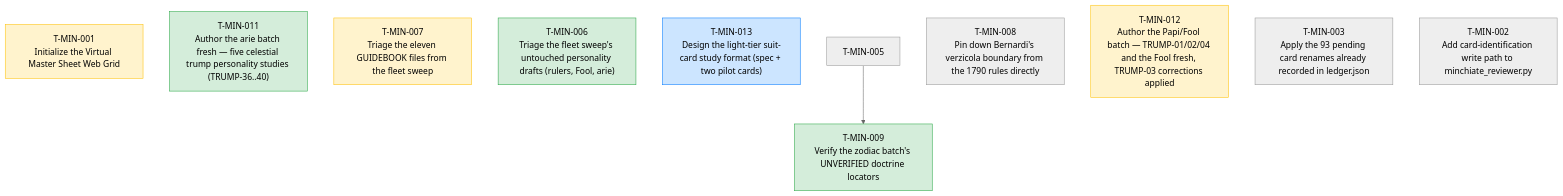
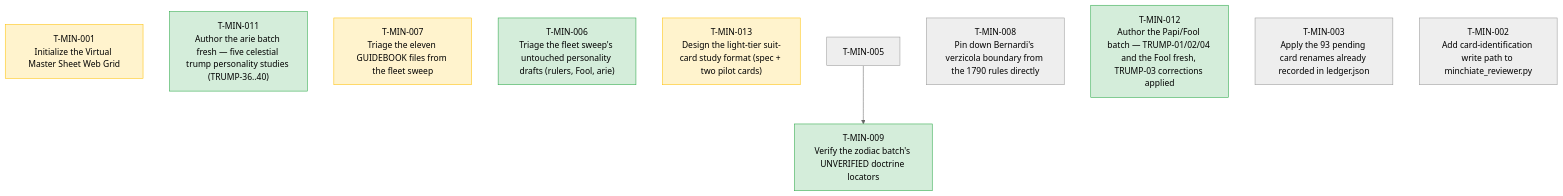
The diagram in TASKS.md (wgmilleriii/task_coordinator), drawn with Mermaid (neutral theme) before and after one commit. The commit also changed other lines of this file and 3 other files, not shown here.

First line of the commit message:
review: T-MIN-012 Papi/Fool batch — PASS_WITH_CORRECTIONS (Reviewer-F17); task DONE; feedback filed

````diff
--- a/TASKS.md
+++ b/TASKS.md
@@ -7,18 +7,18 @@
 ```mermaid
 graph TD
     classDef done fill:#d4edda,stroke:#28a745,color:#000;
     classDef blocked fill:#f8d7da,stroke:#dc3545,color:#000;
     classDef review fill:#fff3cd,stroke:#ffc107,color:#000;
     classDef active fill:#cce5ff,stroke:#007bff,color:#000;
     T-MIN-001["T-MIN-001<br/>Initialize the Virtual Master Sheet Web Grid"]:::review
     T-MIN-011["T-MIN-011<br/>Author the arie batch fresh — five celestial trump personality studies (TRUMP-36..40)"]:::done
     T-MIN-007["T-MIN-007<br/>Triage the eleven GUIDEBOOK files from the fleet sweep"]:::review
     T-MIN-006["T-MIN-006<br/>Triage the fleet sweep's untouched personality drafts (rulers, Fool, arie)"]:::done
-    T-MIN-013["T-MIN-013<br/>Design the light-tier suit-card study format (spec + two pilot cards)"]:::active
+    T-MIN-013["T-MIN-013<br/>Design the light-tier suit-card study format (spec + two pilot cards)"]:::review
     T-MIN-009["T-MIN-009<br/>Verify the zodiac batch's UNVERIFIED doctrine locators"]:::done
     T-MIN-005 --> T-MIN-009
     T-MIN-008["T-MIN-008<br/>Pin down Bernardi's verzicola boundary from the 1790 rules directly"]
-    T-MIN-012["T-MIN-012<br/>Author the Papi/Fool batch — TRUMP-01/02/04 and the Fool fresh, TRUMP-03 corrections applied"]:::review
+    T-MIN-012["T-MIN-012<br/>Author the Papi/Fool batch — TRUMP-01/02/04 and the Fool fresh, TRUMP-03 corrections applied"]:::done
     T-MIN-003["T-MIN-003<br/>Apply the 93 pending card renames already recorded in ledger.json"]
     T-MIN-002["T-MIN-002<br/>Add card-identification write path to minchiate_reviewer.py"]
 ```
````
